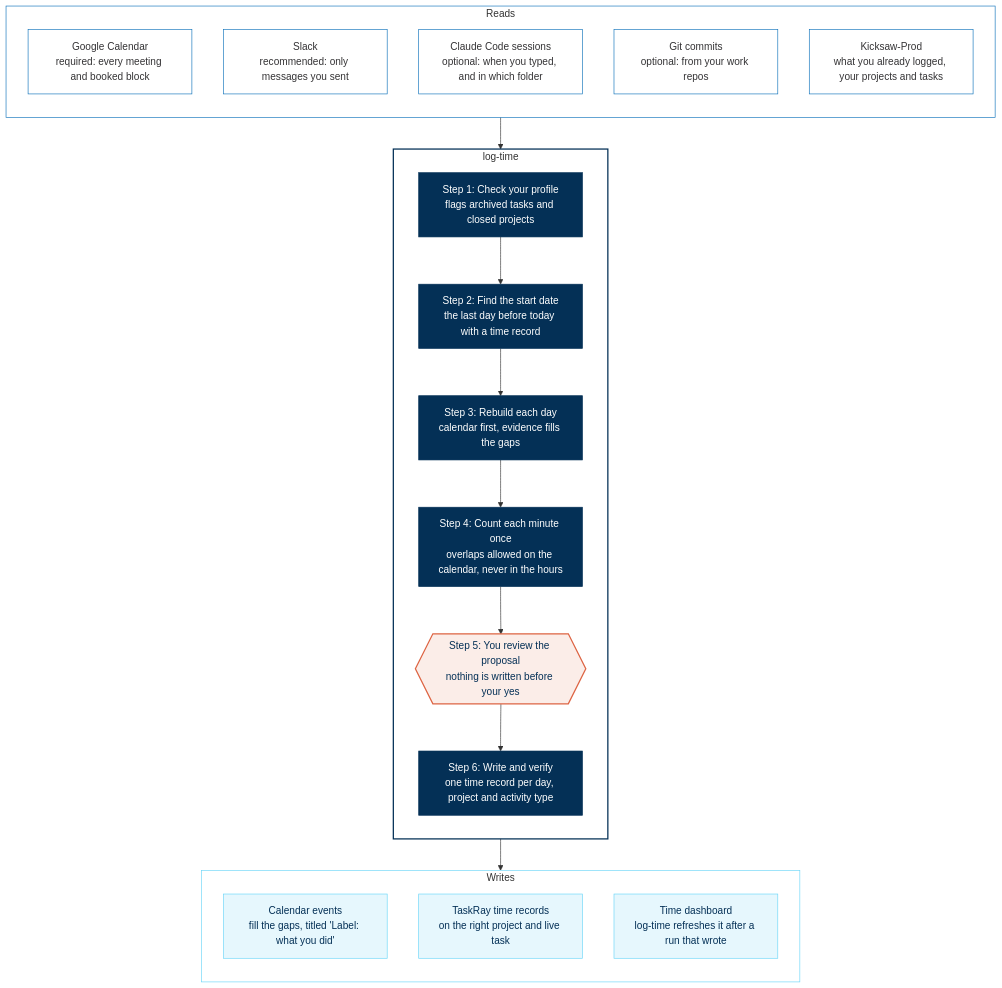
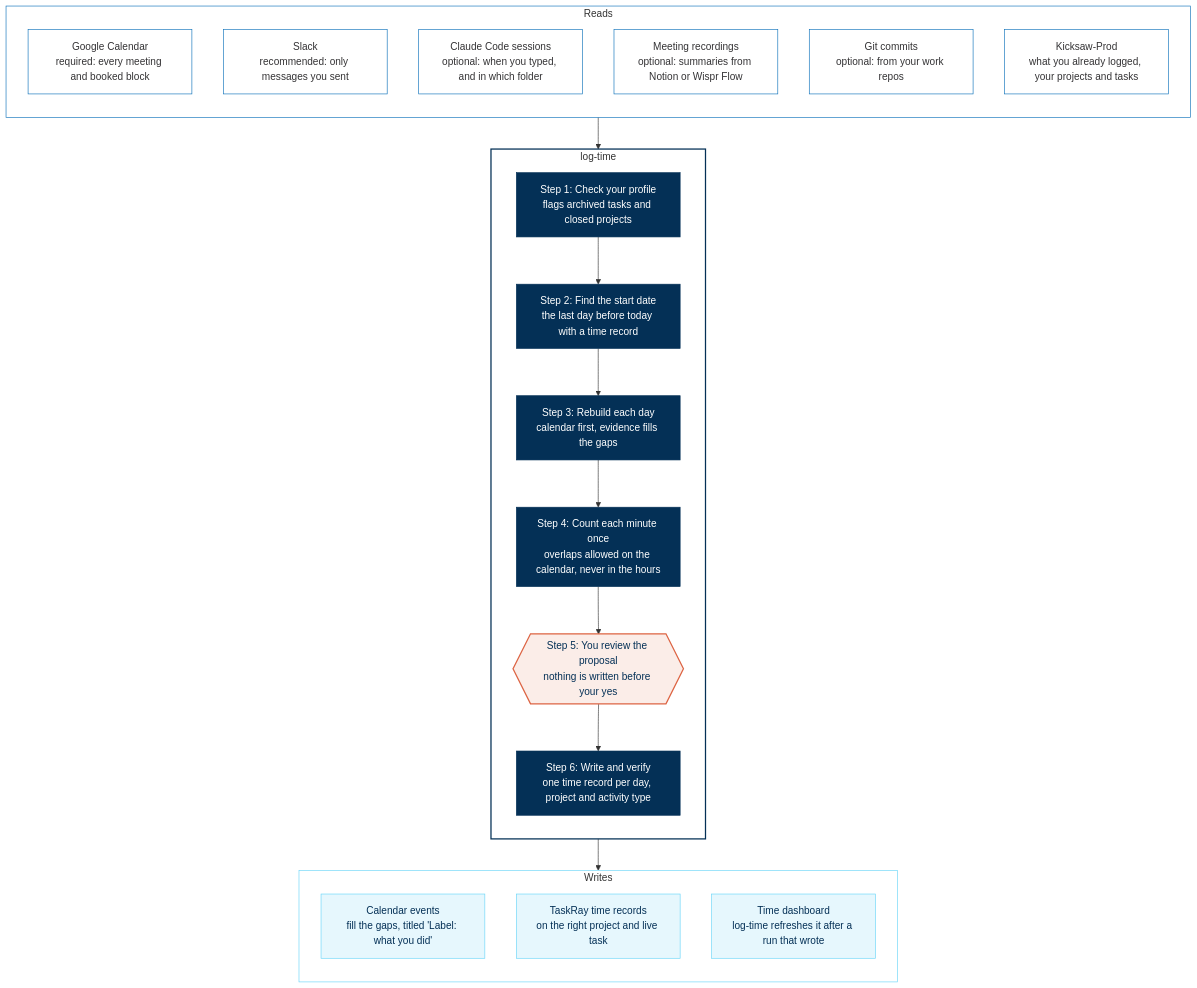
The diagram in README.md (bbold-bb/kicksaw-time-skills), drawn with Mermaid before and after one commit. The commit also changed other lines of this file and 12 other files, not shown here.

````diff
--- a/README.md
+++ b/README.md
@@ -16,43 +16,44 @@
 ```mermaid
 flowchart TB
   subgraph reads["Reads"]
     direction TB
     cal["Google Calendar<br/>required: every meeting and booked block"]
     slack["Slack<br/>recommended: only messages you sent"]
     sess["Claude Code sessions<br/>optional: when you typed, and in which folder"]
+    meet["Meeting recordings<br/>optional: summaries from Notion or Wispr Flow"]
     git["Git commits<br/>optional: from your work repos"]
     org["Kicksaw-Prod<br/>what you already logged, your projects and tasks"]
   end
 
   subgraph run["log-time"]
     direction TB
     s1["Step 1: Check your profile<br/>flags archived tasks and closed projects"]
     s2["Step 2: Find the start date<br/>the last day before today with a time record"]
     s3["Step 3: Rebuild each day<br/>calendar first, evidence fills the gaps"]
     s4["Step 4: Count each minute once<br/>overlaps allowed on the calendar, never in the hours"]
     s5{{"Step 5: You review the proposal<br/>nothing is written before your yes"}}
     s6["Step 6: Write and verify<br/>one time record per day, project and activity type"]
     s1 --> s2 --> s3 --> s4 --> s5 --> s6
   end
 
   subgraph writes["Writes"]
     direction TB
     ev["Calendar events<br/>fill the gaps, titled 'Label: what you did'"]
     tr["TaskRay time records<br/>on the right project and live task"]
     db["Time dashboard<br/>log-time refreshes it after a run that wrote"]
   end
 
   reads --> run --> writes
 
   classDef src fill:#FFFFFF,stroke:#0B70B9,color:#343335
   classDef stepc fill:#043056,stroke:#043056,color:#FFFFFF
   classDef gate fill:#FBEDE8,stroke:#DD6443,stroke-width:2px,color:#043056
   classDef out fill:#E6F7FD,stroke:#68D5F8,color:#043056
-  class cal,slack,sess,git,org src
+  class cal,slack,sess,meet,git,org src
   class s1,s2,s3,s4,s6 stepc
   class s5 gate
   class ev,tr,db out
   style reads fill:transparent,stroke:#0B70B9
   style run fill:transparent,stroke:#043056,stroke-width:2px
   style writes fill:transparent,stroke:#68D5F8
 ```
````
